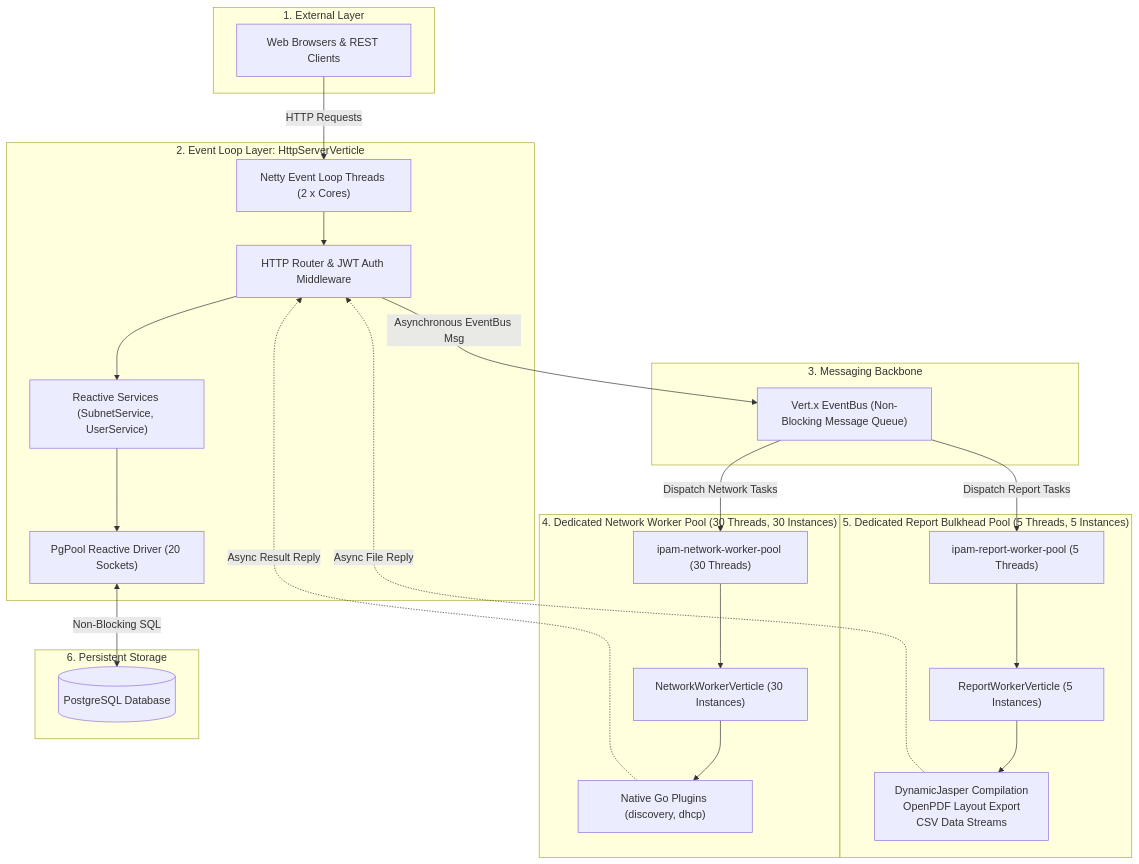
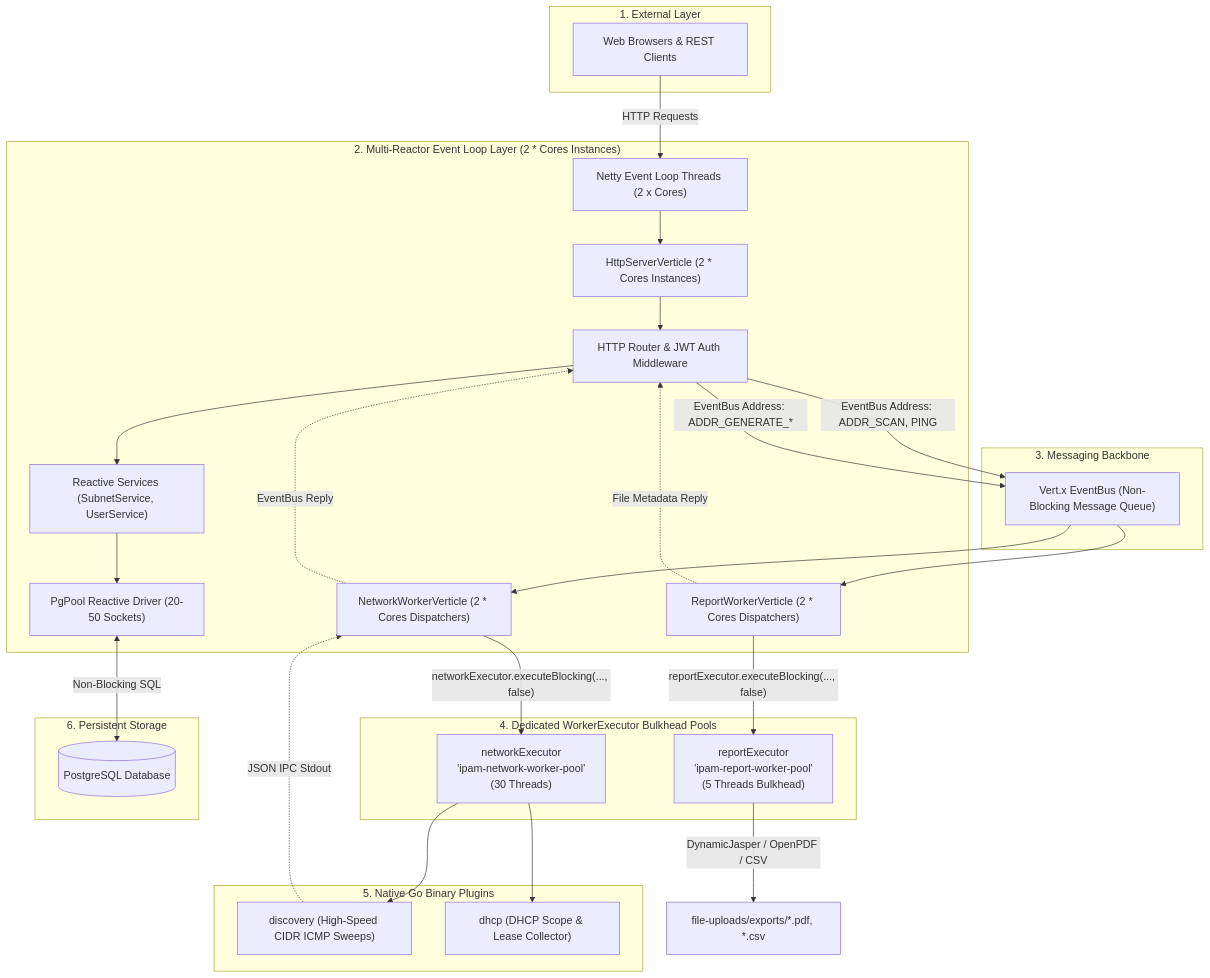
The diagram in README.md (Purvish1452/IPAM_System), drawn with Mermaid before and after one commit. The commit also changed other lines of this file, not shown here.

````diff
--- a/README.md
+++ b/README.md
@@ -77,50 +77,54 @@
 ```mermaid
 flowchart TD
     subgraph Clients["1. External Layer"]
         C["Web Browsers & REST Clients"]
     end
 
-    subgraph EventLoopLayer["2. Event Loop Layer: HttpServerVerticle"]
+    subgraph EventLoopLayer["2. Multi-Reactor Event Loop Layer (2 * Cores Instances)"]
         EL["Netty Event Loop Threads (2 x Cores)"]
+        HTTP["HttpServerVerticle (2 * Cores Instances)"]
         Router["HTTP Router & JWT Auth Middleware"]
         Services["Reactive Services (SubnetService, UserService)"]
-        PgDriver["PgPool Reactive Driver (20 Sockets)"]
+        PgDriver["PgPool Reactive Driver (20-50 Sockets)"]
+        NW_Disp["NetworkWorkerVerticle (2 * Cores Dispatchers)"]
+        RW_Disp["ReportWorkerVerticle (2 * Cores Dispatchers)"]
     end
 
     subgraph EventBusLayer["3. Messaging Backbone"]
         EB["Vert.x EventBus (Non-Blocking Message Queue)"]
     end
 
-    subgraph NetworkWorker["4. Dedicated Network Worker Pool (30 Threads, 30 Instances)"]
-        NetPool["ipam-network-worker-pool (30 Threads)"]
-        NetInstances["NetworkWorkerVerticle (30 Instances)"]
-        GoIPC["Native Go Plugins (discovery, dhcp)"]
+    subgraph DedicatedWorkerPools["4. Dedicated WorkerExecutor Bulkhead Pools"]
+        NetExec["networkExecutor<br/>'ipam-network-worker-pool'<br/>(30 Threads)"]
+        RepExec["reportExecutor<br/>'ipam-report-worker-pool'<br/>(5 Threads Bulkhead)"]
     end
 
-    subgraph ReportWorker["5. Dedicated Report Bulkhead Pool (5 Threads, 5 Instances)"]
-        RepPool["ipam-report-worker-pool (5 Threads)"]
-        RepInstances["ReportWorkerVerticle (5 Instances)"]
-        RepTasks["DynamicJasper Compilation<br/>OpenPDF Layout Export<br/>CSV Data Streams"]
+    subgraph NativeGoIPC["5. Native Go Binary Plugins"]
+        GoDisc["discovery (High-Speed CIDR ICMP Sweeps)"]
+        GoDHCP["dhcp (DHCP Scope & Lease Collector)"]
     end
 
     subgraph DatabaseLayer["6. Persistent Storage"]
         DB[("PostgreSQL Database")]
     end
 
     C -->|"HTTP Requests"| EL
-    EL --> Router
+    EL --> HTTP
+    HTTP --> Router
     Router --> Services
     Services --> PgDriver
     PgDriver <-->|"Non-Blocking SQL"| DB
 
-    Router -->|"Asynchronous EventBus Msg"| EB
-    EB -->|"Dispatch Network Tasks"| NetPool
-    NetPool --> NetInstances
-    NetInstances --> GoIPC
-    GoIPC -.->|"Async Result Reply"| Router
+    Router -->|"EventBus Address: ADDR_SCAN, PING"| EB
+    EB --> NW_Disp
+    NW_Disp -->|"networkExecutor.executeBlocking(..., false)"| NetExec
+    NetExec --> GoDisc & GoDHCP
+    GoDisc -.->|"JSON IPC Stdout"| NW_Disp
+    NW_Disp -.->|"EventBus Reply"| Router
 
-    EB -->|"Dispatch Report Tasks"| RepPool
-    RepPool --> RepInstances
-    RepInstances --> RepTasks
-    RepTasks -.->|"Async File Reply"| Router
+    Router -->|"EventBus Address: ADDR_GENERATE_*"| EB
+    EB --> RW_Disp
+    RW_Disp -->|"reportExecutor.executeBlocking(..., false)"| RepExec
+    RepExec -->|"DynamicJasper / OpenPDF / CSV"| EXPORT["file-uploads/exports/*.pdf, *.csv"]
+    RW_Disp -.->|"File Metadata Reply"| Router
 ```
````
